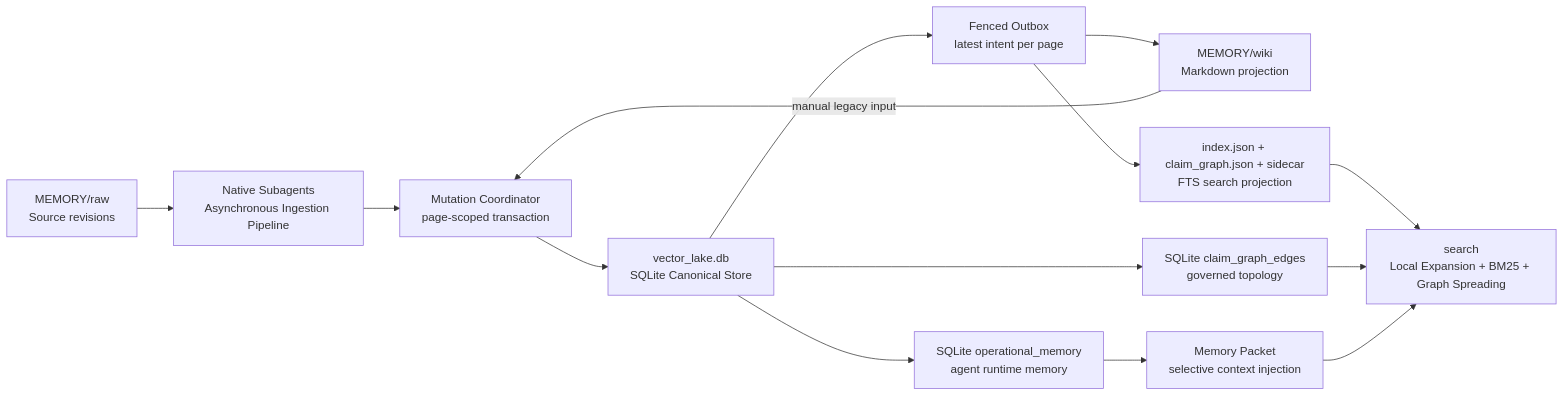
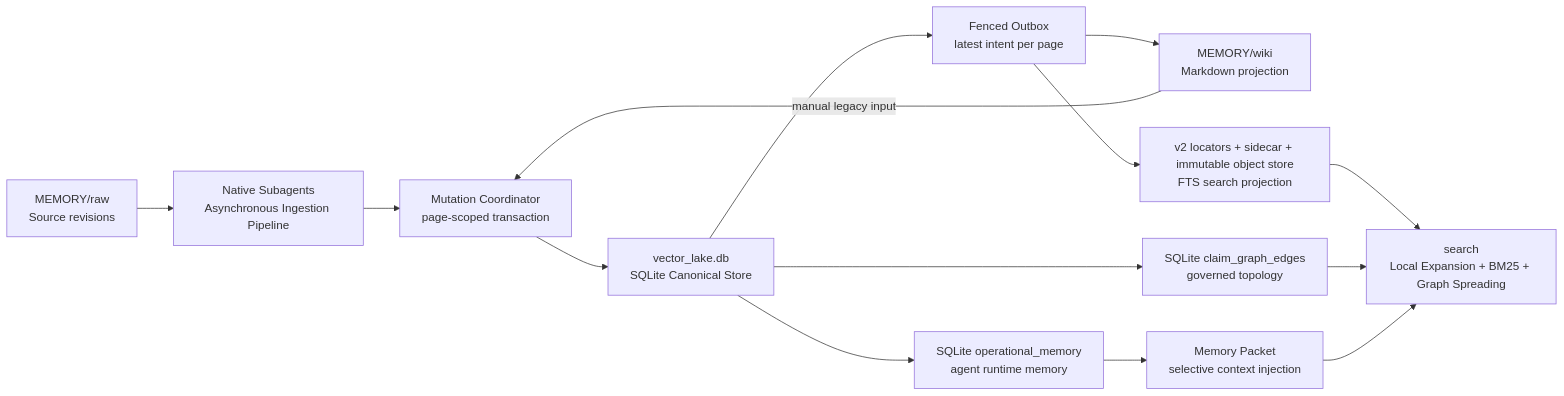
The diagram in README.md (shawnshi/vector-lake), drawn with Mermaid before and after one commit. The commit also changed other lines of this file and 149 other files, not shown here.

````diff
--- a/README.md
+++ b/README.md
@@ -17,16 +17,16 @@
 ```mermaid
 graph LR
     RAW["MEMORY/raw<br>Source revisions"] --> INGEST["Native Subagents<br>Asynchronous Ingestion Pipeline"]
     INGEST --> MUTATION["Mutation Coordinator<br>page-scoped transaction"]
     WIKI["MEMORY/wiki<br>Markdown projection"] -->|manual legacy input| MUTATION
     MUTATION --> META["vector_lake.db<br>SQLite Canonical Store"]
     META --> OUTBOX["Fenced Outbox<br>latest intent per page"]
     OUTBOX --> WIKI
-    OUTBOX --> INDEX["index.json + claim_graph.json + sidecar<br>FTS search projection"]
+    OUTBOX --> INDEX["v2 locators + sidecar + immutable object store<br>FTS search projection"]
     META --> CLAIM["SQLite claim_graph_edges<br>governed topology"]
     META --> MEMORY["SQLite operational_memory<br>agent runtime memory"]
     MEMORY --> PACKET["Memory Packet<br>selective context injection"]
     INDEX --> QUERY["search<br>Local Expansion + BM25 + Graph Spreading"]
     CLAIM --> QUERY
     PACKET --> QUERY
 ```
````
